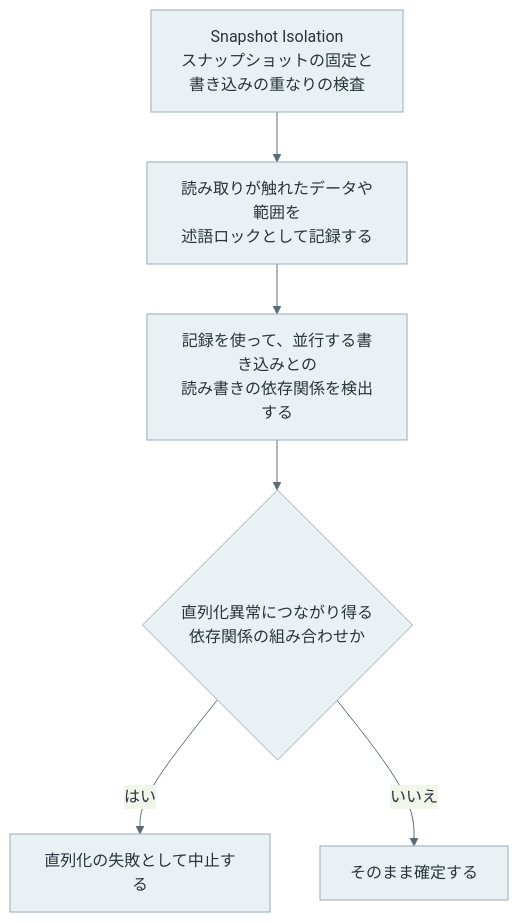
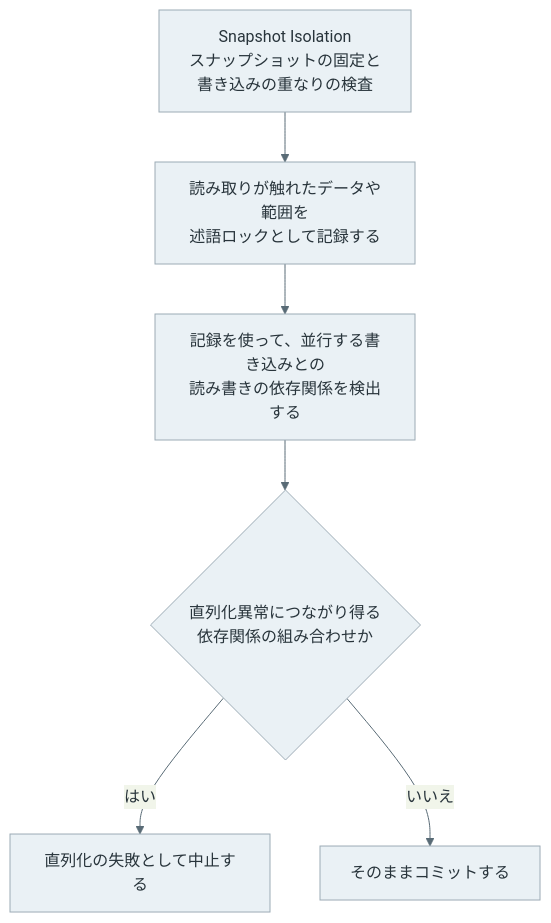
One commit to nao1215/debimate changed the third of 3 diagrams in content/notes/database-systems/snapshot-isolation/index.md. Above: the diagram before and after it, drawn with Mermaid. The commit also changed other lines of this file and 32 other files, not shown here.

````diff
--- a/content/notes/database-systems/snapshot-isolation/index.md
+++ b/content/notes/database-systems/snapshot-isolation/index.md
@@ -336,10 +336,10 @@
 ```mermaid
 %%{init: {"theme":"base","themeVariables":{"primaryColor":"#eaf1f5","primaryTextColor":"#28343b","primaryBorderColor":"#9cabb5","lineColor":"#596b76","textColor":"#28343b","actorBkg":"#eaf1f5","actorBorder":"#9cabb5","actorTextColor":"#28343b","actorLineColor":"#9cabb5","signalColor":"#596b76","signalTextColor":"#28343b","noteBkgColor":"#f7f1e5","noteBorderColor":"#c5b99b","noteTextColor":"#403c32","activationBkgColor":"#edf3ef","activationBorderColor":"#9aafa1"}}}%%
 flowchart TB
     S["Snapshot Isolation<br/>スナップショットの固定と<br/>書き込みの重なりの検査"] --> A["読み取りが触れたデータや範囲を<br/>述語ロックとして記録する"]
     A --> C["記録を使って、並行する書き込みとの<br/>読み書きの依存関係を検出する"]
     C --> B{"直列化異常につながり得る<br/>依存関係の組み合わせか"}
     B -->|"はい"| X["直列化の失敗として中止する"]
-    B -->|"いいえ"| O["そのまま確定する"]
+    B -->|"いいえ"| O["そのままコミットする"]
     classDef default fill:#eaf1f5,stroke:#9cabb5,color:#28343b;
 ```
````
